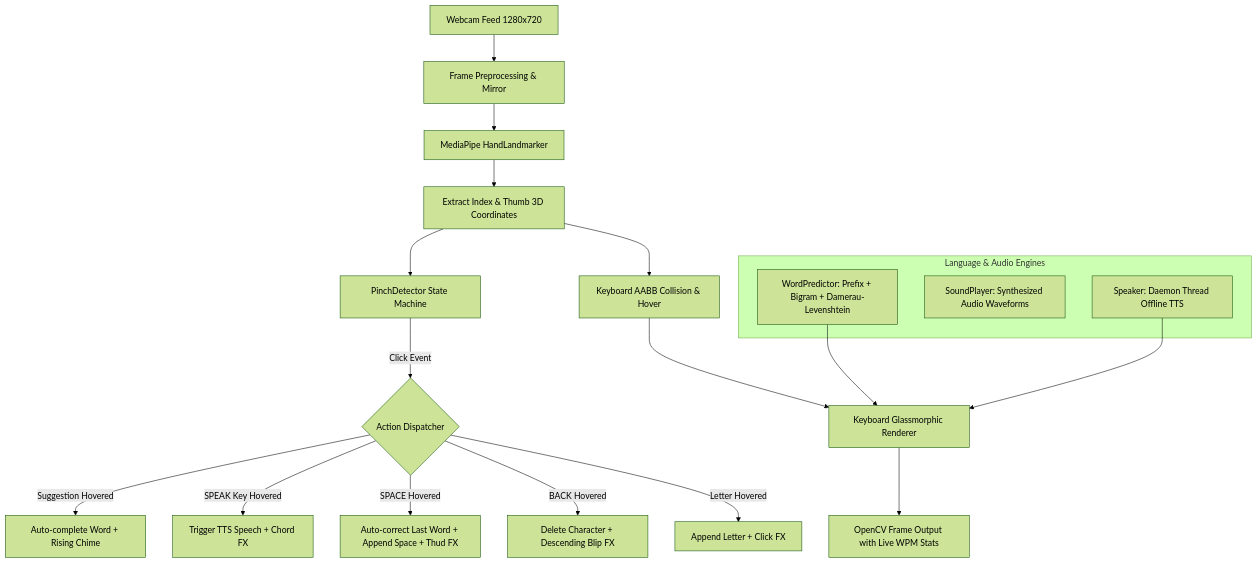
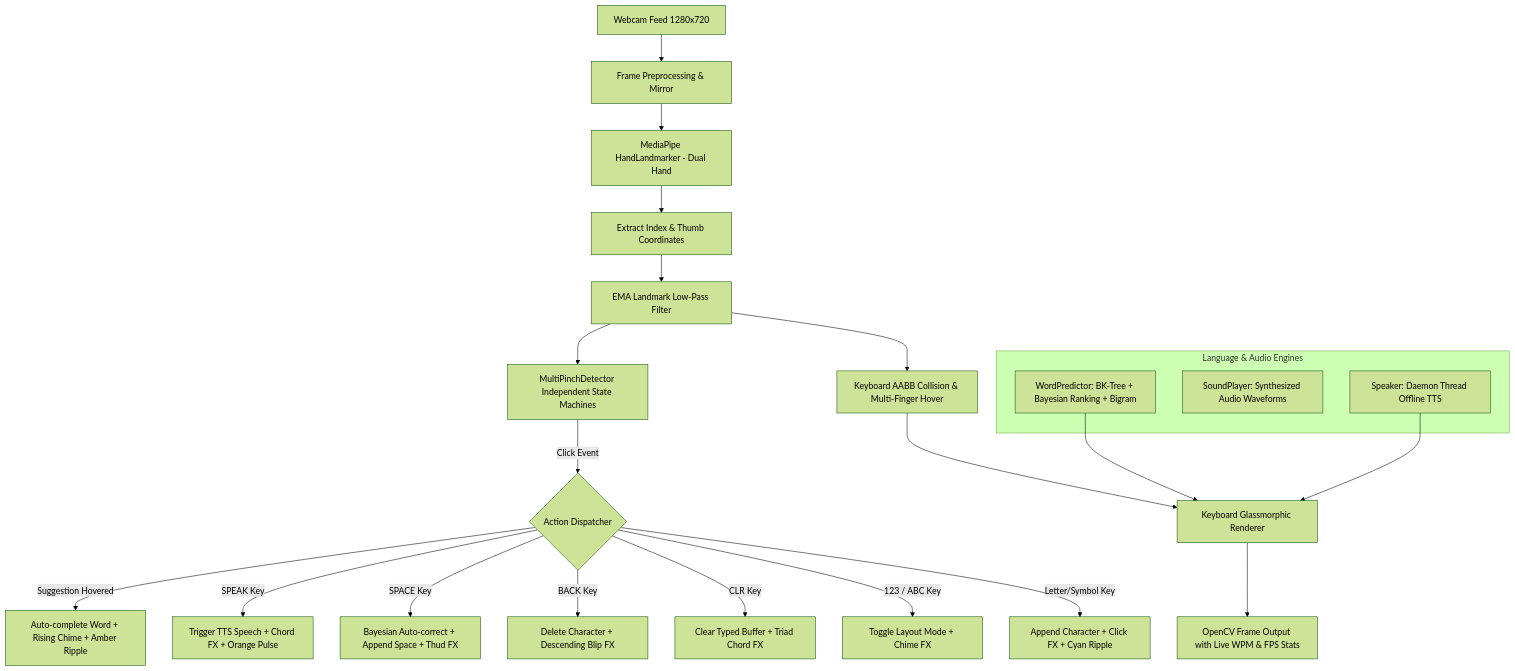
The diagram in README.md (himanshi-kumar/AirType-AI), drawn with Mermaid (forest theme) before and after one commit. The commit also changed other lines of this file and 17 other files, not shown here.

First line of the commit message:
feat: complete Sprints 9-12 (BK-Tree, EMA smoothing, two-hand typing, keypad modes & ripple FX)

````diff
--- a/README.md
+++ b/README.md
@@ -124,27 +133,30 @@
 ```mermaid
 flowchart TD
     A[Webcam Feed 1280x720] --> B[Frame Preprocessing & Mirror]
-    B --> C[MediaPipe HandLandmarker]
-    C --> D[Extract Index & Thumb 3D Coordinates]
+    B --> C[MediaPipe HandLandmarker - Dual Hand]
+    C --> D[Extract Index & Thumb Coordinates]
+    D --> E[EMA Landmark Low-Pass Filter]
     
-    D --> E[PinchDetector State Machine]
-    D --> F[Keyboard AABB Collision & Hover]
+    E --> F[MultiPinchDetector Independent State Machines]
+    E --> G[Keyboard AABB Collision & Multi-Finger Hover]
     
     subgraph Language & Audio Engines
-        G[WordPredictor: Prefix + Bigram + Damerau-Levenshtein]
-        H[SoundPlayer: Synthesized Audio Waveforms]
-        I[Speaker: Daemon Thread Offline TTS]
+        H[WordPredictor: BK-Tree + Bayesian Ranking + Bigram]
+        I[SoundPlayer: Synthesized Audio Waveforms]
+        J[Speaker: Daemon Thread Offline TTS]
     end
     
-    E -- "Click Event" --> J{Action Dispatcher}
-    J -- "Suggestion Hovered" --> K[Auto-complete Word + Rising Chime]
-    J -- "SPEAK Key Hovered" --> L[Trigger TTS Speech + Chord FX]
-    J -- "SPACE Hovered" --> M[Auto-correct Last Word + Append Space + Thud FX]
-    J -- "BACK Hovered" --> N[Delete Character + Descending Blip FX]
-    J -- "Letter Hovered" --> O[Append Letter + Click FX]
+    F -- "Click Event" --> K{Action Dispatcher}
+    K -- "Suggestion Hovered" --> L[Auto-complete Word + Rising Chime + Amber Ripple]
+    K -- "SPEAK Key" --> M[Trigger TTS Speech + Chord FX + Orange Pulse]
+    K -- "SPACE Key" --> N[Bayesian Auto-correct + Append Space + Thud FX]
+    K -- "BACK Key" --> O[Delete Character + Descending Blip FX]
+    K -- "CLR Key" --> P[Clear Typed Buffer + Triad Chord FX]
+    K -- "123 / ABC Key" --> Q[Toggle Layout Mode + Chime FX]
+    K -- "Letter/Symbol Key" --> R[Append Character + Click FX + Cyan Ripple]
     
-    F --> P[Keyboard Glassmorphic Renderer]
-    G --> P
-    I --> P
-    P --> Q[OpenCV Frame Output with Live WPM Stats]
+    G --> S[Keyboard Glassmorphic Renderer]
+    H --> S
+    J --> S
+    S --> T[OpenCV Frame Output with Live WPM & FPS Stats]
 ```
````
